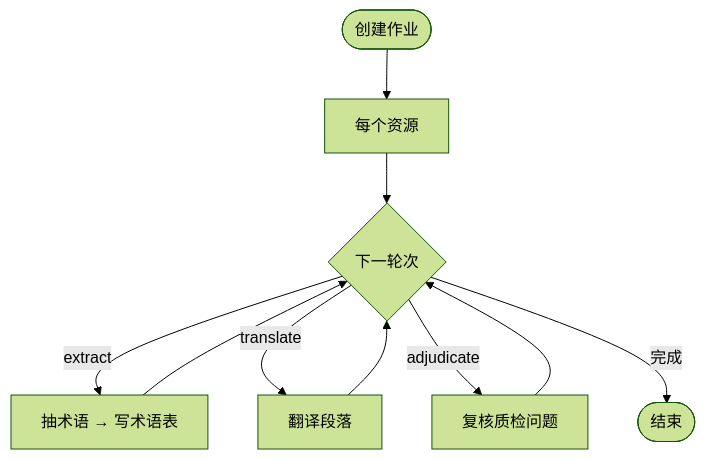
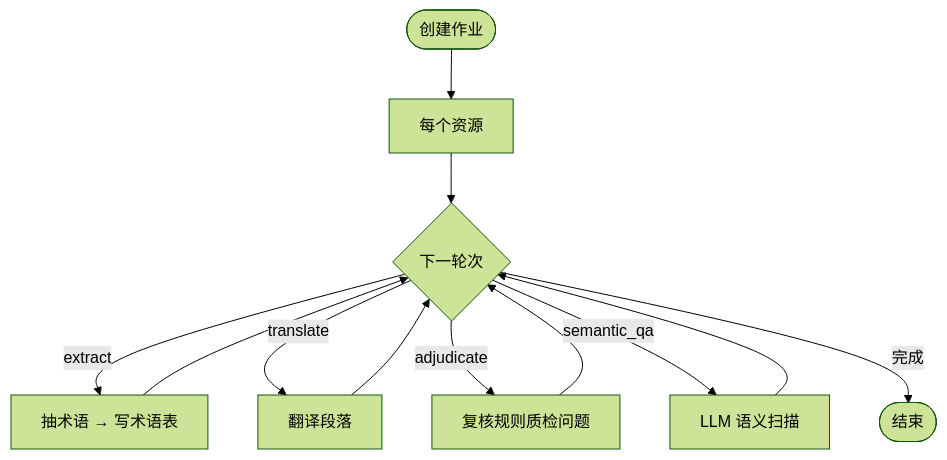
Before and after one commit to MeowSalty/LinguaFlow: the diagram in docs/zh/guide/pipeline.md, drawn with Mermaid (forest theme). The commit also changed other lines of this file and 6 other files, not shown here.

````diff
--- a/docs/zh/guide/pipeline.md
+++ b/docs/zh/guide/pipeline.md
@@ -16,12 +16,14 @@
 ```mermaid
 flowchart TD
   Start([创建作业]) --> Res[每个资源]
   Res --> Next{下一轮次}
   Next -->|extract| Ex[抽术语 → 写术语表]
   Next -->|translate| Tr[翻译段落]
-  Next -->|adjudicate| Ad[复核质检问题]
+  Next -->|adjudicate| Ad[复核规则质检问题]
+  Next -->|semantic_qa| Sq[LLM 语义扫描]
   Next -->|完成| Done([结束])
   Ex --> Next
   Tr --> Next
   Ad --> Next
+  Sq --> Next
 ```
````
